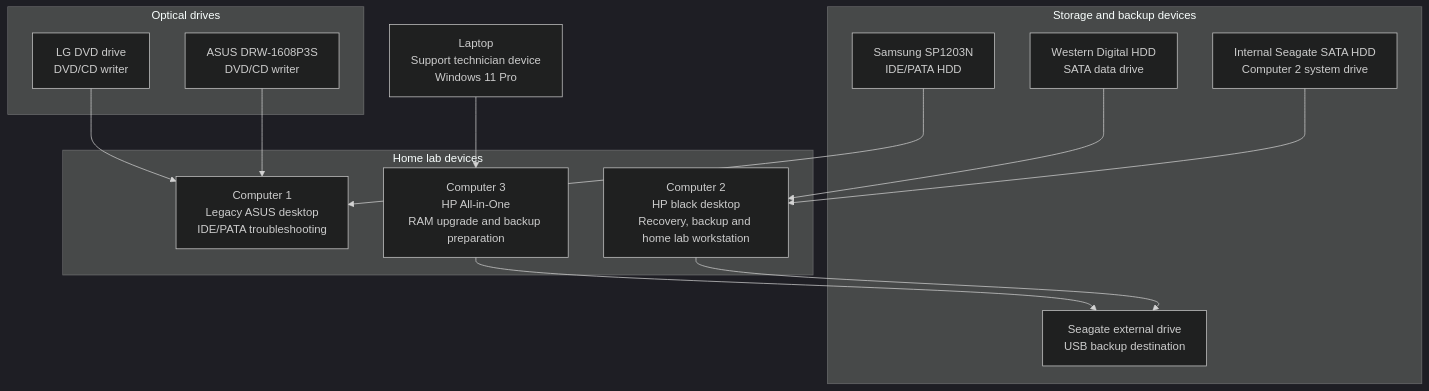
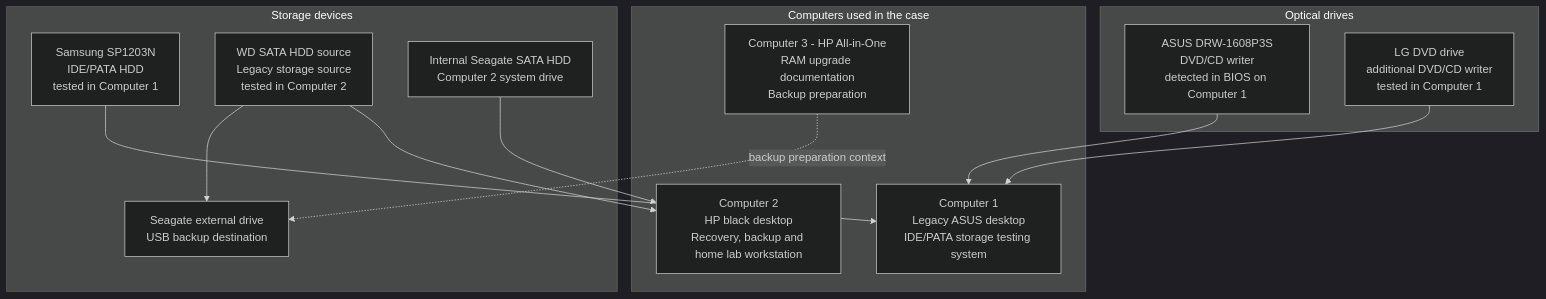
Before and after one commit to aang81a/my-it-support-portfolio: the diagram in PROJECTS/07-home-lab-documentation/diagrams/lab-environment-overview.md, drawn with Mermaid (dark theme). The commit also changed other lines of this file, not shown here.

````diff
--- a/PROJECTS/07-home-lab-documentation/diagrams/lab-environment-overview.md
+++ b/PROJECTS/07-home-lab-documentation/diagrams/lab-environment-overview.md
@@ -26,34 +5,30 @@
 ```mermaid
 flowchart TB
-    Laptop["Laptop<br/>Support technician device<br/>Windows 11 Pro"]
-
-    subgraph LabDevices["Home lab devices"]
-        C1["Computer 1<br/>Legacy ASUS desktop<br/>IDE/PATA troubleshooting"]
+    subgraph Computers["Computers used in the case"]
+        C1["Computer 1<br/>Legacy ASUS desktop<br/>IDE/PATA storage testing system"]
         C2["Computer 2<br/>HP black desktop<br/>Recovery, backup and home lab workstation"]
-        C3["Computer 3<br/>HP All-in-One<br/>RAM upgrade and backup preparation"]
+        C3["Computer 3 - HP All-in-One<br/>RAM upgrade documentation<br/>Backup preparation"]
     end
 
-    subgraph Storage["Storage and backup devices"]
-        Samsung["Samsung SP1203N<br/>IDE/PATA HDD"]
-        WD["Western Digital HDD<br/>SATA data drive"]
+    subgraph Storage["Storage devices"]
+        Samsung["Samsung SP1203N<br/>IDE/PATA HDD<br/>tested in Computer 1"]
+        WD["WD SATA HDD source<br/>Legacy storage source<br/>tested in Computer 2"]
         SeagateInternal["Internal Seagate SATA HDD<br/>Computer 2 system drive"]
         SeagateExternal["Seagate external drive<br/>USB backup destination"]
     end
 
     subgraph Optical["Optical drives"]
-        Optical1["ASUS DRW-1608P3S<br/>DVD/CD writer"]
-        Optical2["LG DVD drive<br/>DVD/CD writer"]
+        ASUS["ASUS DRW-1608P3S<br/>DVD/CD writer<br/>detected in BIOS on Computer 1"]
+        LG["LG DVD drive<br/>additional DVD/CD writer<br/>tested in Computer 1"]
     end
 
-    Laptop --> C3
-
     Samsung --> C1
-    Optical1 --> C1
-    Optical2 --> C1
+    ASUS --> C1
+    LG --> C1
 
     SeagateInternal --> C2
     WD --> C2
-    C2 --> SeagateExternal
+    WD --> SeagateExternal
 
-    C3 --> SeagateExternal
+    C3 -. "backup preparation context" .-> SeagateExternal
 ```
````
